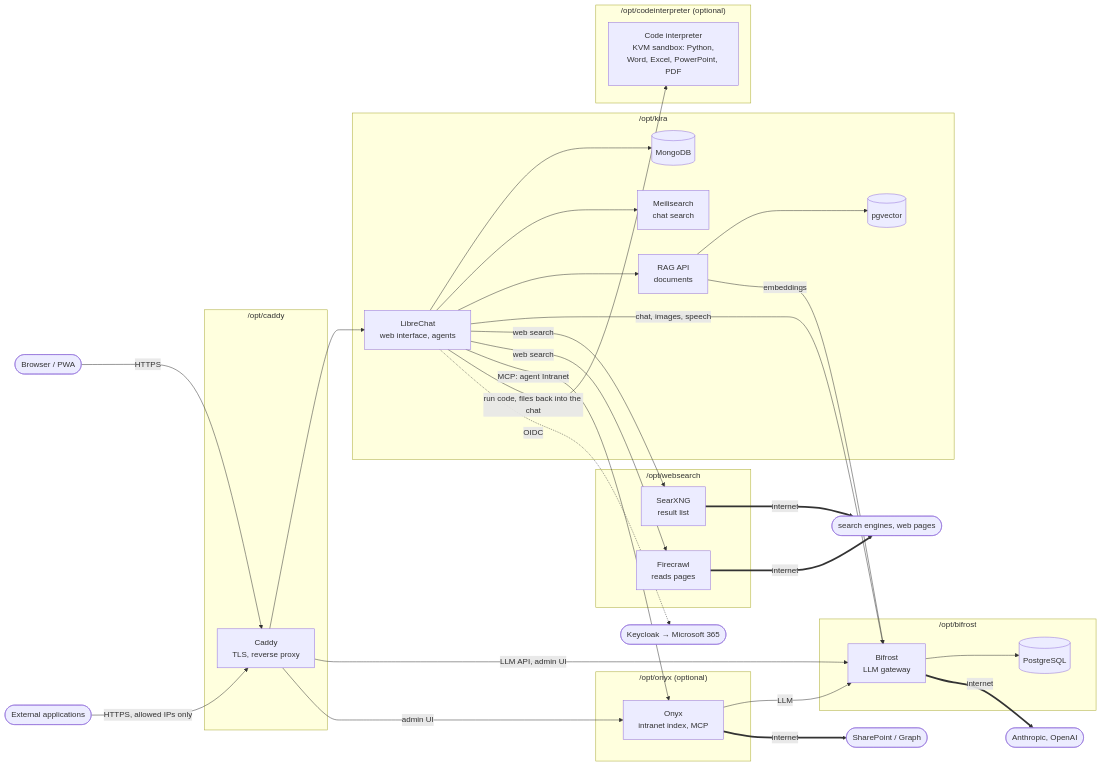
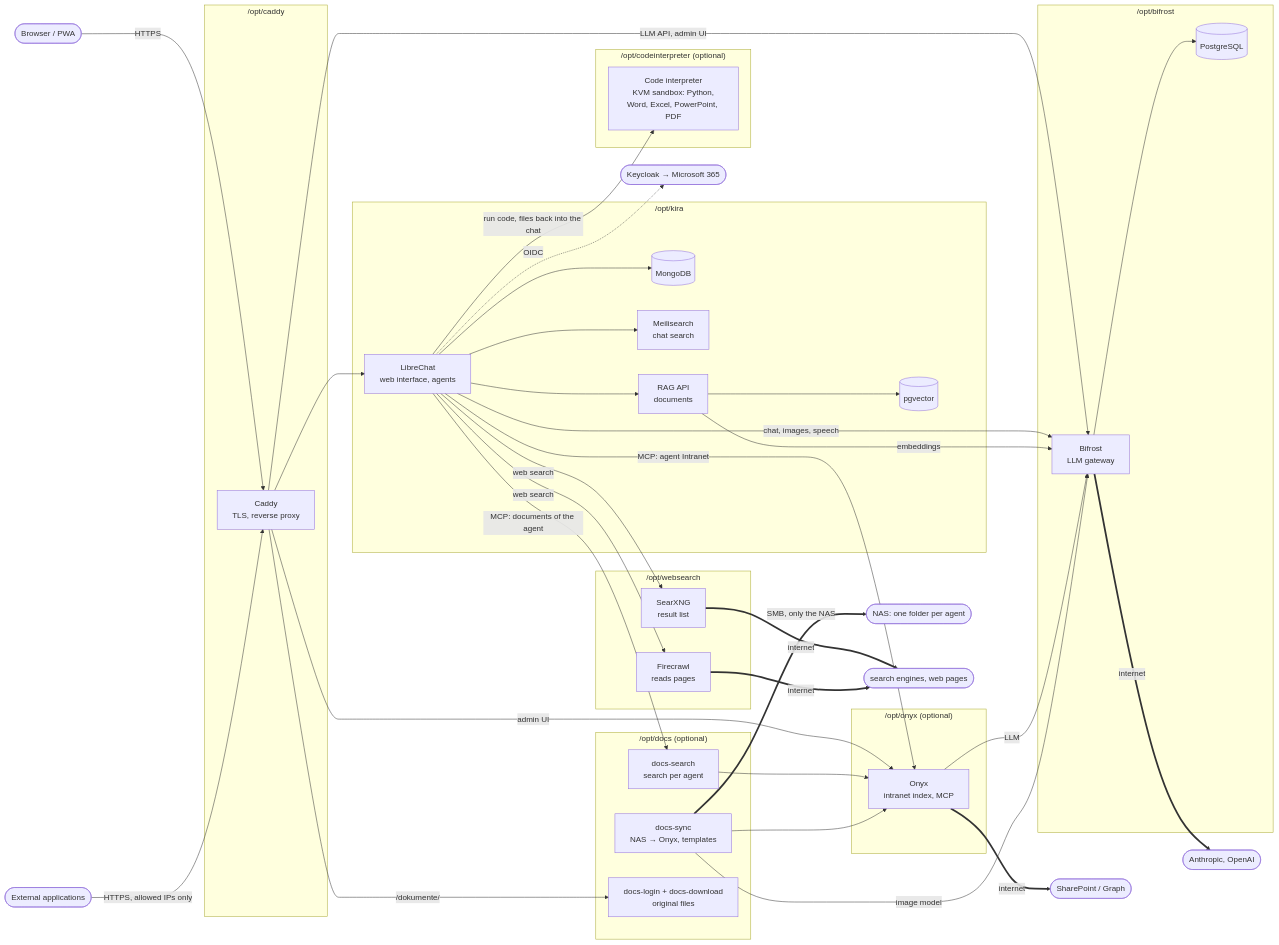
One commit to mrprohl/KIRA changed the diagram in kira/README.md. Above: the diagram before and after it, drawn with Mermaid. The commit also changed other lines of this file and 38 other files, not shown here.

First line of the commit message:
Documents per agent: NAS folders, search per agent, templates, downloads

````diff
--- a/kira/README.md
+++ b/kira/README.md
@@ -12,52 +13,63 @@
 ```mermaid
 flowchart LR
   U([Browser / PWA]) -->|HTTPS| C
   EXT([External applications]) -->|HTTPS, allowed IPs only| C
 
   subgraph caddy["/opt/caddy"]
     C[Caddy<br/>TLS, reverse proxy]
   end
 
   subgraph kira["/opt/kira"]
     LC[LibreChat<br/>web interface, agents]
     MO[(MongoDB)]
     ME[Meilisearch<br/>chat search]
     RAG[RAG API<br/>documents]
     VDB[(pgvector)]
   end
 
   subgraph bifrost["/opt/bifrost"]
     BF[Bifrost<br/>LLM gateway]
     BDB[(PostgreSQL)]
   end
 
   subgraph websearch["/opt/websearch"]
     SX[SearXNG<br/>result list]
     FC[Firecrawl<br/>reads pages]
   end
 
   subgraph onyx["/opt/onyx (optional)"]
     OX[Onyx<br/>intranet index, MCP]
   end
 
   subgraph codei["/opt/codeinterpreter (optional)"]
     CI[Code interpreter<br/>KVM sandbox: Python,<br/>Word, Excel, PowerPoint, PDF]
   end
 
+  subgraph docs["/opt/docs (optional)"]
+    DS[docs-sync<br/>NAS → Onyx, templates]
+    DQ[docs-search<br/>search per agent]
+    DD[docs-login + docs-download<br/>original files]
+  end
+
   C --> LC
   C -->|LLM API, admin UI| BF
   C -->|admin UI| OX
   LC --> MO & ME & RAG
   RAG --> VDB
   LC -->|chat, images, speech| BF
   RAG -->|embeddings| BF
   LC -->|web search| SX & FC
   LC -->|MCP: agent Intranet| OX
   OX -->|LLM| BF
   LC -->|run code, files back into the chat| CI
+  LC -->|MCP: documents of the agent| DQ
+  DQ & DS --> OX
+  DS -->|image model| BF
+  C -->|/dokumente/| DD
+  DS ==>|SMB, only the NAS| NAS([NAS: one folder per agent])
   BF --> BDB
   LC -.->|OIDC| KC([Keycloak → Microsoft 365])
   BF ==>|internet| AI([Anthropic, OpenAI])
   SX & FC ==>|internet| WEB([search engines, web pages])
   OX ==>|internet| SP([SharePoint / Graph])
 ```
````
